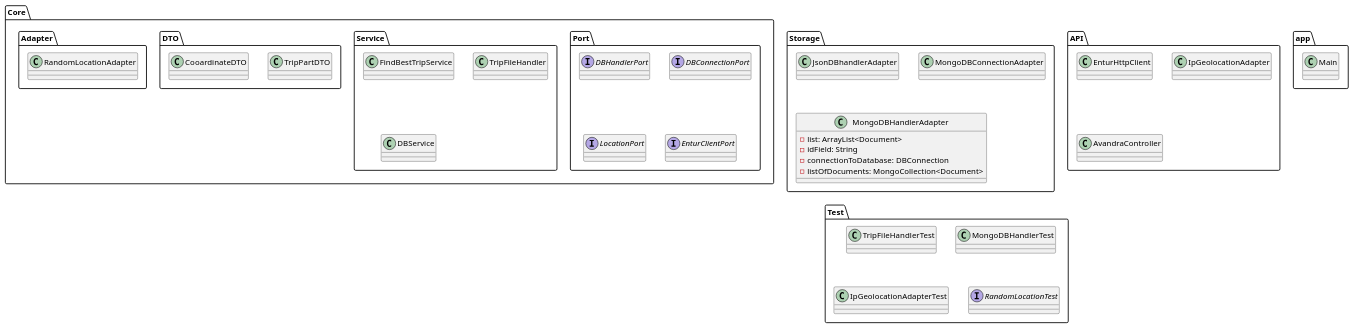
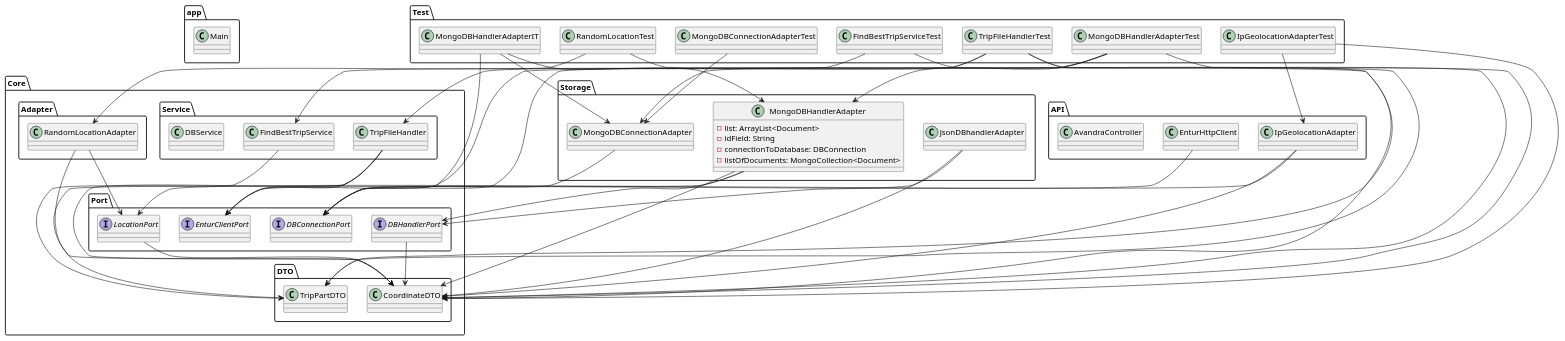
The diagram in PlantUML/system_overview.puml (ditmann/Software-Gruppe-2), drawn with PlantUML before and after one commit.

Commit message:
snart ferdig med PlantUML

```diff
--- a/PlantUML/system_overview.puml
+++ b/PlantUML/system_overview.puml
@@ -1,69 +1,118 @@
 @startuml
 'https://plantuml.com/class-diagram
 
 package "app" {
     class "Main"
 }
 
 package "Core" {
 
     package "Port" {
         interface "DBHandlerPort"
         interface "DBConnectionPort"
         interface "LocationPort"
         interface "EnturClientPort"
     }
 
     package "Service" {
         class "FindBestTripService"
         class "TripFileHandler"
         class "DBService"
     }
 
     package "DTO" {
             class "TripPartDTO"
-            class "CooardinateDTO"
+            class "CoordinateDTO"
     }
 
     package "Adapter" {
 
         class "RandomLocationAdapter" 
     }
 }
 
 package "Storage" {
 
     class JsonDBhandlerAdapter {
     }
 
     class MongoDBConnectionAdapter {
     }
 
     class MongoDBHandlerAdapter{
     - list: ArrayList<Document>
     - idField: String
     - connectionToDatabase: DBConnection
     - listOfDocuments: MongoCollection<Document>
     }
 }
 
 package "API" {
     class "EnturHttpClient"
     class "IpGeolocationAdapter"
     class "AvandraController"
 
 }
 
 package "Test" {
 
     class "TripFileHandlerTest"
-    class "MongoDBHandlerTest"
+    class "MongoDBHandlerAdapterTest"
     class "IpGeolocationAdapterTest"
-    interface "RandomLocationTest"
+    class "RandomLocationTest"
+    class "MongoDBHandlerAdapterIT"
+    class "MongoDBConnectionAdapterTest"
+    class "FindBestTripServiceTest"
 }
 
+'API koblinger:
+"EnturHttpClient"-->"EnturClientPort"
+"IpGeolocationAdapter"-->"LocationPort"
+"IpGeolocationAdapter"-->"CoordinateDTO"
+
+'Storage koblinger:
+"JsonDBhandlerAdapter"-->"DBHandlerPort"
+"JsonDBhandlerAdapter"-->"CoordinateDTO"
+"MongoDBConnectionAdapter"-->"DBConnectionPort"
+"MongoDBHandlerAdapter"-->"DBHandlerPort"
+"MongoDBHandlerAdapter"-->"CoordinateDTO"
+"MongoDBHandlerAdapter"-->"DBConnectionPort"
+
+'Core koblinger:
+'   Adapter:
+"RandomLocationAdapter"-->"LocationPort"
+"RandomLocationAdapter"-->"CoordinateDTO"
+'   Port:
+"DBHandlerPort"-->"CoordinateDTO"
+"LocationPort"-->"CoordinateDTO"
+'   DTO: Bruker ingen koblinger
+'   Service:
+"FindBestTripService"-->"TripPartDTO"
+"TripFileHandler"-->"TripPartDTO"
+"TripFileHandler"-->"CoordinateDTO"
+"TripFileHandler"-->"EnturClientPort"
+
+'Test kobling:
+"TripFileHandlerTest"-->"CoordinateDTO"
+"TripFileHandlerTest"-->"TripPartDTO"
+"TripFileHandlerTest"-->"EnturClientPort"
+"TripFileHandlerTest"-->"TripFileHandler"
+"RandomLocationTest"-->"RandomLocationAdapter"
+"RandomLocationTest"-->"CoordinateDTO"
+"MongoDBHandlerAdapterTest"-->"CoordinateDTO"
+"MongoDBHandlerAdapterTest"-->"DBConnectionPort"
+"MongoDBHandlerAdapterTest"-->"MongoDBHandlerAdapter"
+"MongoDBHandlerAdapterTest"-->"MongoDBConnectionAdapter"
+"MongoDBHandlerAdapterIT"-->"DBConnectionPort"
+"MongoDBHandlerAdapterIT"-->"MongoDBConnectionAdapter"
+"MongoDBHandlerAdapterIT"-->"MongoDBHandlerAdapter"
+"MongoDBConnectionAdapterTest"-->"MongoDBConnectionAdapter"
+"IpGeolocationAdapterTest"-->"IpGeolocationAdapter"
+"IpGeolocationAdapterTest"-->"CoordinateDTO"
+"FindBestTripServiceTest"-->"FindBestTripService"
+"FindBestTripServiceTest"-->"TripPartDTO"
 
 
 
 
 @enduml
```
